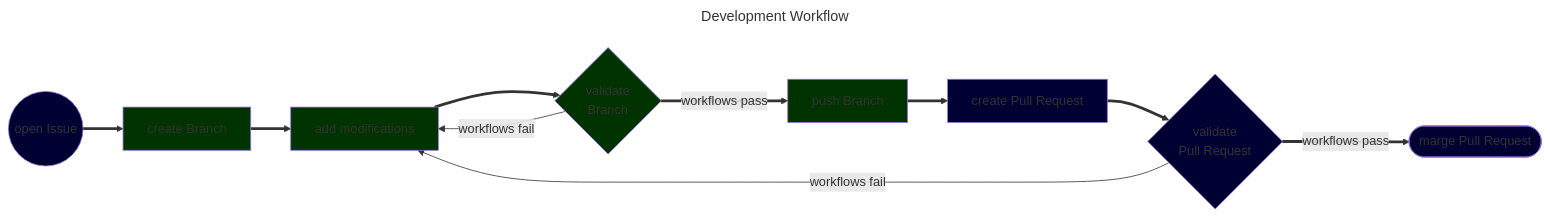
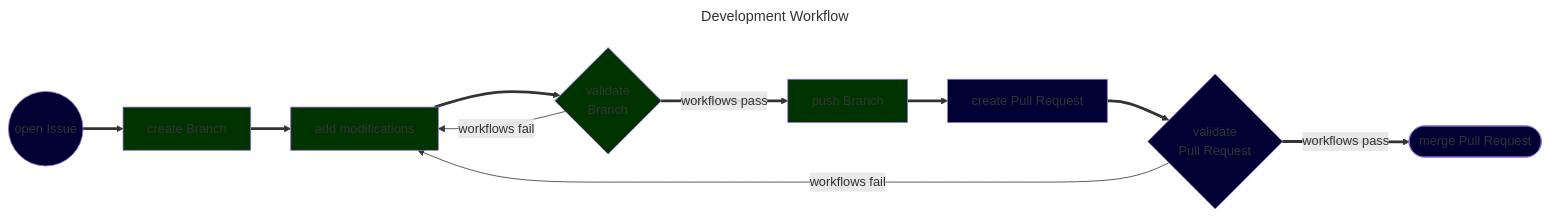
The diagram in README.md (tr0fin0/latex-cv), drawn with Mermaid before and after one commit. The commit also changed other lines of this file, not shown here.

````diff
--- a/README.md
+++ b/README.md
@@ -588,21 +588,21 @@
 ```mermaid
 ---
 config:
   flowchart:
     curve: basis
 title: Development Workflow
 ---
 flowchart LR
     classDef local  fill:#003300, stroke: #, stroke-width:1px
     classDef remote fill:#000033, stroke: #, stroke-width:1px
 
     A((open Issue)):::remote ==> B[create Branch]:::local
     B ==> C[add modifications]:::local
     C ==> D{validate<br>Branch}:::local
     D -->|workflows fail| C
     D ==>|workflows pass| E[push Branch]:::local
     E ==> F[create Pull Request]:::remote
     F ==> G{validate<br>Pull Request}:::remote
     G -->|workflows fail| C
-    G ==>|workflows pass| H([marge Pull Request]):::remote
+    G ==>|workflows pass| H([merge Pull Request]):::remote
 ```
````
